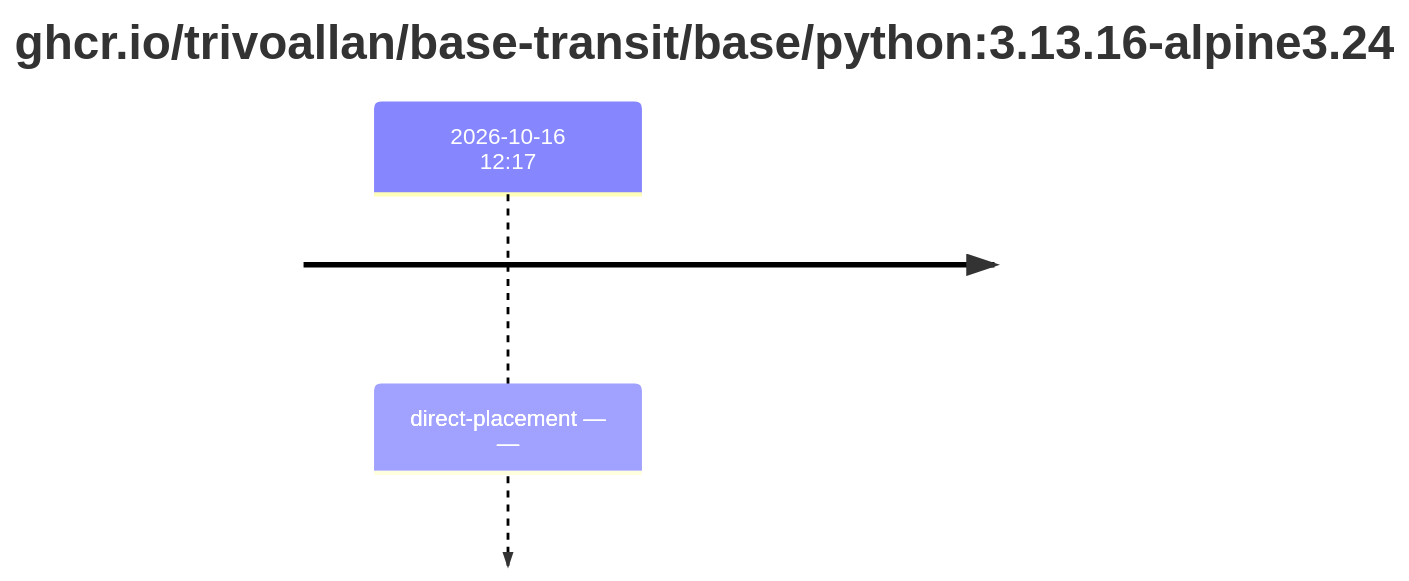
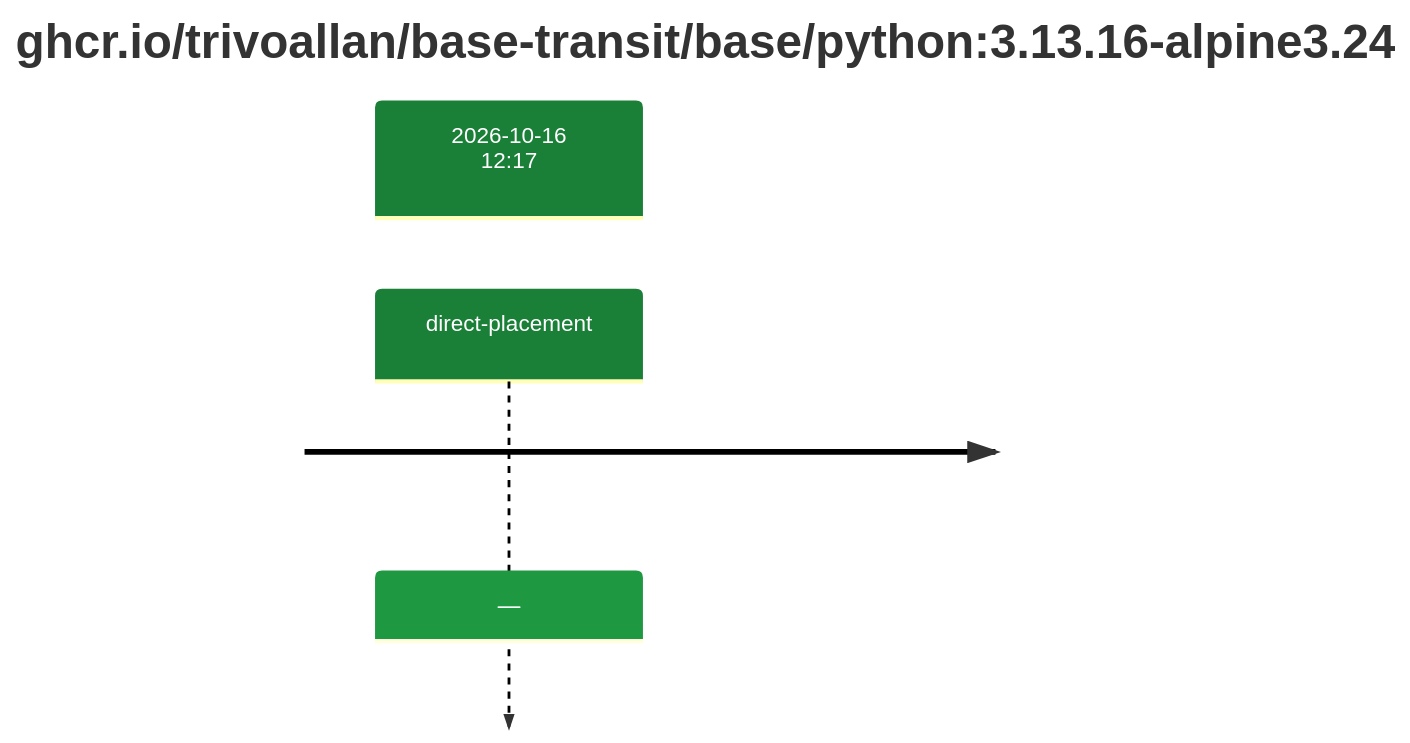
The second of 2 diagrams in results/reports/base-python-3/sha256:a0d5f0432f3392d2cf5153d7b30d1a2ed2890c973a31c9e827197c90e1ba9c9c.md (trivoallan/base-images), drawn with Mermaid before and after one commit. The commit also changed other lines of this file and 12 other files, not shown here.

````diff
--- a/results/reports/base-python-3/sha256:a0d5f0432f3392d2cf5153d7b30d1a2ed2890c973a31c9e827197c90e1ba9c9c.md
+++ b/results/reports/base-python-3/sha256:a0d5f0432f3392d2cf5153d7b30d1a2ed2890c973a31c9e827197c90e1ba9c9c.md
@@ -33,5 +21,7 @@
 ```mermaid
+%%{init: {"theme": "default", "themeVariables": {"cScale0": "#1a7f37", "cScaleLabel0": "#ffffff"}}}%%
 timeline
     title ghcr.io/trivoallan/base-transit/base/python#58;3.13.16-alpine3.24
-    2026-10-16 12#58;17 : direct-placement — —
+    section 2026-10-16 12#58;17
+        direct-placement : —
 ```
````
